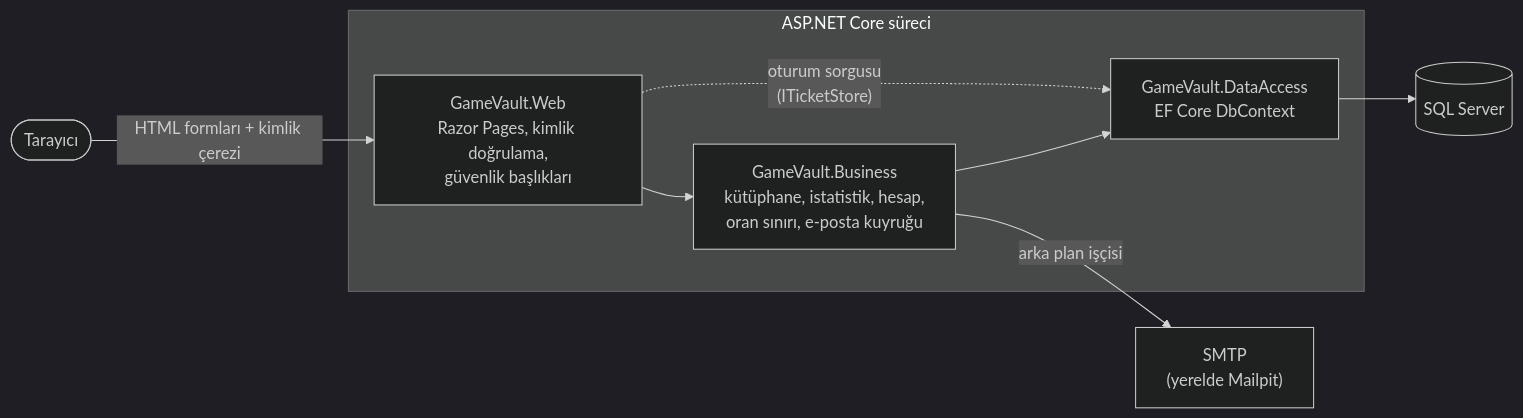
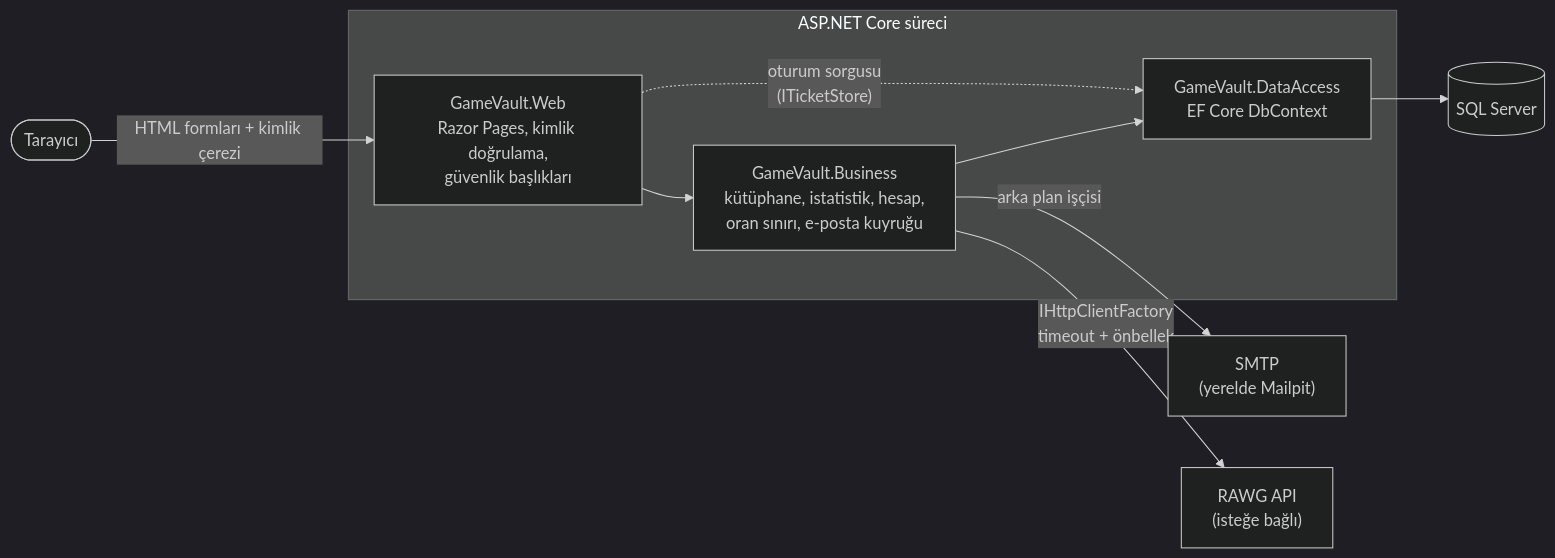
One commit to MertDas24/GameVault changed the first of 2 diagrams in README.tr.md. Above: the diagram before and after it, drawn with Mermaid (dark theme). The commit also changed other lines of this file and 36 other files, not shown here.

````diff
--- a/README.tr.md
+++ b/README.tr.md
@@ -104,15 +110,16 @@
 ```mermaid
 flowchart LR
     B([Tarayıcı]) -- "HTML formları + kimlik çerezi" --> W
 
     subgraph App["ASP.NET Core süreci"]
         W["GameVault.Web<br/>Razor Pages, kimlik doğrulama,<br/>güvenlik başlıkları"]
         BL["GameVault.Business<br/>kütüphane, istatistik, hesap,<br/>oran sınırı, e-posta kuyruğu"]
         D["GameVault.DataAccess<br/>EF Core DbContext"]
         W --> BL --> D
         W -. "oturum sorgusu<br/>(ITicketStore)" .-> D
     end
 
     D --> SQL[("SQL Server")]
     BL -- "arka plan işçisi" --> SMTP["SMTP<br/>(yerelde Mailpit)"]
+    BL -- "IHttpClientFactory<br/>timeout + önbellek" --> RAWG["RAWG API<br/>(isteğe bağlı)"]
 ```
````
